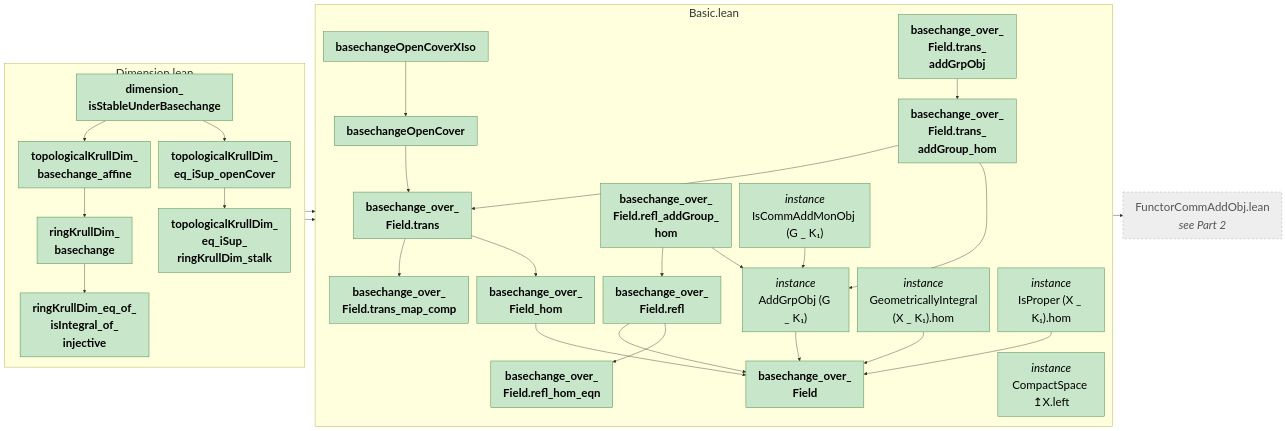
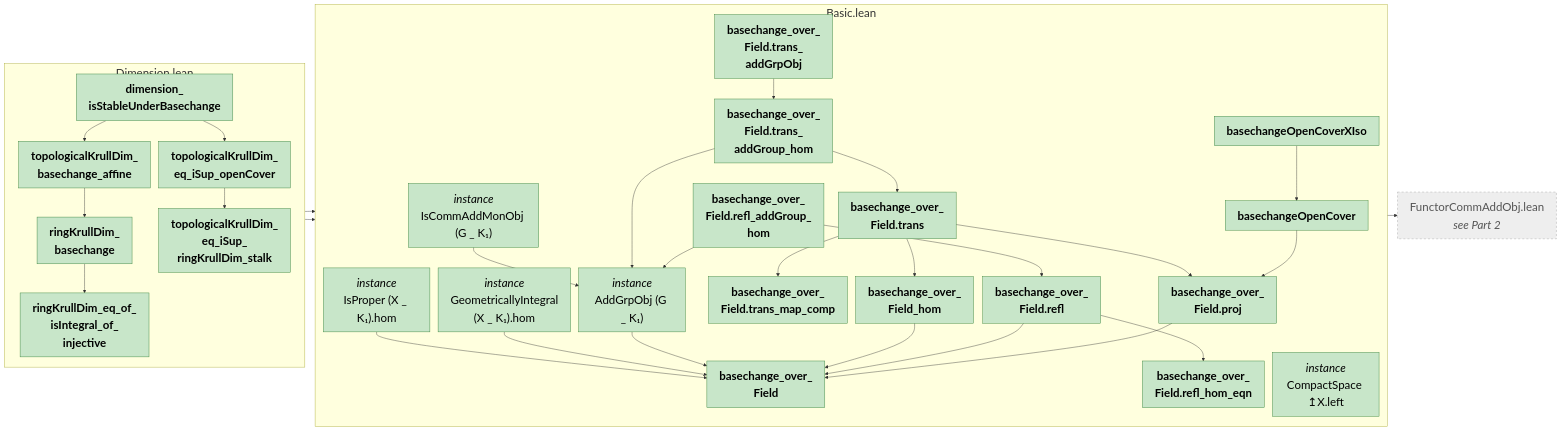
Before and after one commit to abhijitaj1997/CMAbelianVarieties: the third of 4 diagrams in CMAbelianVarieties/MindMapStep2.md, drawn with Mermaid. The commit also changed other lines of this file and 4 other files, not shown here.

````diff
--- a/CMAbelianVarieties/MindMapStep2.md
+++ b/CMAbelianVarieties/MindMapStep2.md
@@ -205,65 +218,68 @@
 ```mermaid
 %%{init: {"flowchart": {"useMaxWidth": false, "rankSpacing": 25, "nodeSpacing": 20}, "themeVariables": {"fontSize": "28px"}}}%%
 graph LR
   subgraph m_CMAbelianVarieties_AlgebraicGeometry_Basic["Basic.lean"]
     direction TB
     n_basechangeOpenCover["<b>basechangeOpenCover</b>"]
     n_basechangeOpenCoverXIso["<b>basechangeOpenCoverXIso</b>"]
     n_basechange_over_Field["<b>basechange_over_<br/>Field</b>"]
+    n_basechange_over_Field_proj["<b>basechange_over_<br/>Field.proj</b>"]
     n_basechange_over_Field_refl["<b>basechange_over_<br/>Field.refl</b>"]
     n_basechange_over_Field_refl_addGroup_hom["<b>basechange_over_<br/>Field.refl_addGroup_<br/>hom</b>"]
     n_basechange_over_Field_refl_hom_eqn["<b>basechange_over_<br/>Field.refl_hom_eqn</b>"]
     n_basechange_over_Field_trans["<b>basechange_over_<br/>Field.trans</b>"]
     n_basechange_over_Field_trans_addGroup_hom["<b>basechange_over_<br/>Field.trans_<br/>addGroup_hom</b>"]
     n_basechange_over_Field_trans_addGrpObj["<b>basechange_over_<br/>Field.trans_<br/>addGrpObj</b>"]
     n_basechange_over_Field_trans_map_comp["<b>basechange_over_<br/>Field.trans_map_comp</b>"]
     n_basechange_over_Field_hom["<b>basechange_over_<br/>Field_hom</b>"]
     n_instAddGrpObjOverSchemeSpecOfBasechange_over_Field["<i>instance</i><br/>AddGrpObj (G _ K₁)"]
     n_instCompactSpaceCarrierCarrierCommRingCatLeftSchemeOfIsProperHom_cMAbelianVarieties["<i>instance</i><br/>CompactSpace ↥X.left"]
     n_instGeometricallyIntegralHomSchemeBasechange_over_Field["<i>instance</i><br/>GeometricallyIntegral<br/>(X _ K₁).hom"]
     n_instIsCommAddMonObjOverSchemeSpecOfBasechange_over_Field["<i>instance</i><br/>IsCommAddMonObj (G _ K₁)"]
     n_instIsProperHomSchemeBasechange_over_Field["<i>instance</i><br/>IsProper (X _ K₁).hom"]
   end
   subgraph m_CMAbelianVarieties_AlgebraicGeometry_Dimension["Dimension.lean"]
     direction TB
     n_dimension_isStableUnderBasechange["<b>dimension_<br/>isStableUnderBasechange</b>"]
     n_ringKrullDim_basechange["<b>ringKrullDim_<br/>basechange</b>"]
     n_ringKrullDim_eq_of_isIntegral_of_injective["<b>ringKrullDim_eq_of_<br/>isIntegral_of_<br/>injective</b>"]
     n_topologicalKrullDim_basechange_affine["<b>topologicalKrullDim_<br/>basechange_affine</b>"]
     n_topologicalKrullDim_eq_iSup_openCover["<b>topologicalKrullDim_<br/>eq_iSup_openCover</b>"]
     n_topologicalKrullDim_eq_iSup_ringKrullDim_stalk["<b>topologicalKrullDim_<br/>eq_iSup_<br/>ringKrullDim_stalk</b>"]
   end
   x_CMAbelianVarieties_ForMathlib_FunctorCommAddObj["FunctorCommAddObj.lean<br/><i>see Part 2</i>"]
 
-  n_basechangeOpenCover --> n_basechange_over_Field_trans
+  n_basechangeOpenCover --> n_basechange_over_Field_proj
   n_basechangeOpenCoverXIso --> n_basechangeOpenCover
+  n_basechange_over_Field_proj --> n_basechange_over_Field
   n_basechange_over_Field_refl --> n_basechange_over_Field
   n_basechange_over_Field_refl --> n_basechange_over_Field_refl_hom_eqn
   n_basechange_over_Field_refl_addGroup_hom --> n_basechange_over_Field_refl
   n_basechange_over_Field_refl_addGroup_hom --> n_instAddGrpObjOverSchemeSpecOfBasechange_over_Field
+  n_basechange_over_Field_trans --> n_basechange_over_Field_proj
   n_basechange_over_Field_trans --> n_basechange_over_Field_trans_map_comp
   n_basechange_over_Field_trans --> n_basechange_over_Field_hom
   n_basechange_over_Field_trans_addGroup_hom --> n_basechange_over_Field_trans
   n_basechange_over_Field_trans_addGroup_hom --> n_instAddGrpObjOverSchemeSpecOfBasechange_over_Field
   n_basechange_over_Field_trans_addGrpObj --> n_basechange_over_Field_trans_addGroup_hom
   n_basechange_over_Field_hom --> n_basechange_over_Field
   n_dimension_isStableUnderBasechange --> n_basechangeOpenCoverXIso
   n_dimension_isStableUnderBasechange --> n_topologicalKrullDim_basechange_affine
   n_dimension_isStableUnderBasechange --> n_topologicalKrullDim_eq_iSup_openCover
   n_instAddGrpObjOverSchemeSpecOfBasechange_over_Field --> n_basechange_over_Field
-  n_ringKrullDim_basechange --> n_ringKrullDim_eq_of_isIntegral_of_injective
   n_instGeometricallyIntegralHomSchemeBasechange_over_Field --> n_basechange_over_Field
   n_instIsCommAddMonObjOverSchemeSpecOfBasechange_over_Field --> x_CMAbelianVarieties_ForMathlib_FunctorCommAddObj
   n_instIsCommAddMonObjOverSchemeSpecOfBasechange_over_Field --> n_instAddGrpObjOverSchemeSpecOfBasechange_over_Field
   n_instIsProperHomSchemeBasechange_over_Field --> n_basechange_over_Field
+  n_ringKrullDim_basechange --> n_ringKrullDim_eq_of_isIntegral_of_injective
   n_topologicalKrullDim_basechange_affine --> n_basechange_over_Field
   n_topologicalKrullDim_basechange_affine --> n_ringKrullDim_basechange
   n_topologicalKrullDim_eq_iSup_openCover --> n_topologicalKrullDim_eq_iSup_ringKrullDim_stalk
 
   classDef ok fill:#c8e6c9,stroke:#2e7d32,color:#000
   classDef bad fill:#ffcdd2,stroke:#c62828,color:#000
   classDef main fill:#ffd54f,stroke:#b8860b,stroke-width:3px,color:#000
   classDef ext fill:#eeeeee,stroke:#9e9e9e,stroke-dasharray:5 5,color:#555
-  class n_basechangeOpenCover,n_basechangeOpenCoverXIso,n_basechange_over_Field,n_basechange_over_Field_refl,n_basechange_over_Field_refl_addGroup_hom,n_basechange_over_Field_refl_hom_eqn,n_basechange_over_Field_trans,n_basechange_over_Field_trans_addGroup_hom,n_basechange_over_Field_trans_addGrpObj,n_basechange_over_Field_trans_map_comp,n_basechange_over_Field_hom,n_dimension_isStableUnderBasechange,n_instAddGrpObjOverSchemeSpecOfBasechange_over_Field,n_instCompactSpaceCarrierCarrierCommRingCatLeftSchemeOfIsProperHom_cMAbelianVarieties,n_instGeometricallyIntegralHomSchemeBasechange_over_Field,n_instIsCommAddMonObjOverSchemeSpecOfBasechange_over_Field,n_instIsProperHomSchemeBasechange_over_Field,n_ringKrullDim_basechange,n_ringKrullDim_eq_of_isIntegral_of_injective,n_topologicalKrullDim_basechange_affine,n_topologicalKrullDim_eq_iSup_openCover,n_topologicalKrullDim_eq_iSup_ringKrullDim_stalk ok
+  class n_basechangeOpenCover,n_basechangeOpenCoverXIso,n_basechange_over_Field,n_basechange_over_Field_proj,n_basechange_over_Field_refl,n_basechange_over_Field_refl_addGroup_hom,n_basechange_over_Field_refl_hom_eqn,n_basechange_over_Field_trans,n_basechange_over_Field_trans_addGroup_hom,n_basechange_over_Field_trans_addGrpObj,n_basechange_over_Field_trans_map_comp,n_basechange_over_Field_hom,n_dimension_isStableUnderBasechange,n_instAddGrpObjOverSchemeSpecOfBasechange_over_Field,n_instCompactSpaceCarrierCarrierCommRingCatLeftSchemeOfIsProperHom_cMAbelianVarieties,n_instGeometricallyIntegralHomSchemeBasechange_over_Field,n_instIsCommAddMonObjOverSchemeSpecOfBasechange_over_Field,n_instIsProperHomSchemeBasechange_over_Field,n_ringKrullDim_basechange,n_ringKrullDim_eq_of_isIntegral_of_injective,n_topologicalKrullDim_basechange_affine,n_topologicalKrullDim_eq_iSup_openCover,n_topologicalKrullDim_eq_iSup_ringKrullDim_stalk ok
   class x_CMAbelianVarieties_ForMathlib_FunctorCommAddObj ext
 ```
````
